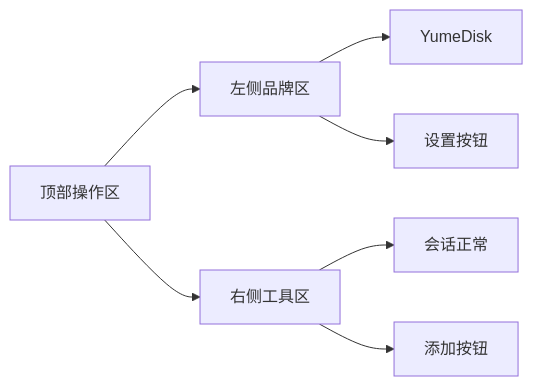
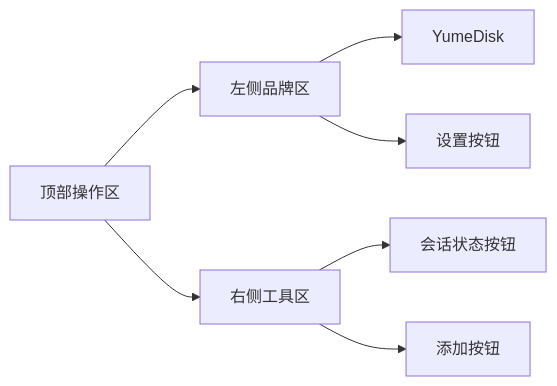
The second of 4 diagrams in docs/ui/tauri-client-ui-design.md (Zightch/yumedisk), drawn with Mermaid before and after one commit. The commit also changed other lines of this file and 6 other files, not shown here.

````diff
--- a/docs/ui/tauri-client-ui-design.md
+++ b/docs/ui/tauri-client-ui-design.md
@@ -110,9 +119,9 @@
 ```mermaid
 flowchart LR
     Header[顶部操作区] --> Left[左侧品牌区]
     Header --> Right[右侧工具区]
     Left --> Title[YumeDisk]
     Left --> SettingsButton[设置按钮]
-    Right --> SessionStatus[会话正常]
+    Right --> SessionStatus[会话状态按钮]
     Right --> AddButton[添加按钮]
 ```
````
